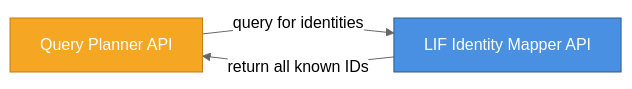
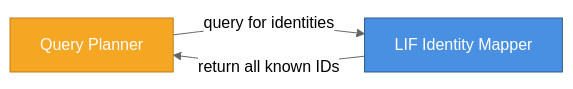
One commit to LIF-Initiative/lif-core changed the fourth of 16 diagrams in docs/lif_services_overview.md. Above: the diagram before and after it, drawn with Mermaid (neutral theme). The commit also changed other lines of this file, not shown here.

Commit message:
docs: update ID mapper diagram

````diff
--- a/docs/lif_services_overview.md
+++ b/docs/lif_services_overview.md
@@ -180,14 +180,14 @@
 ```mermaid
 graph LR
-    QP[Query Planner API]
-    IDMap[LIF Identity Mapper API]
+    QP[Query Planner]
+    IDMap[LIF Identity Mapper]
     
     QP -->|query for identities| IDMap
     IDMap -->|return all known IDs| QP
     
     classDef coreStyle fill:#4A90E2,stroke:#2E5C8A,color:#fff
     classDef infraStyle fill:#F5A623,stroke:#C17D11,color:#fff
     
     class IDMap coreStyle
     class QP infraStyle
 ```
````
